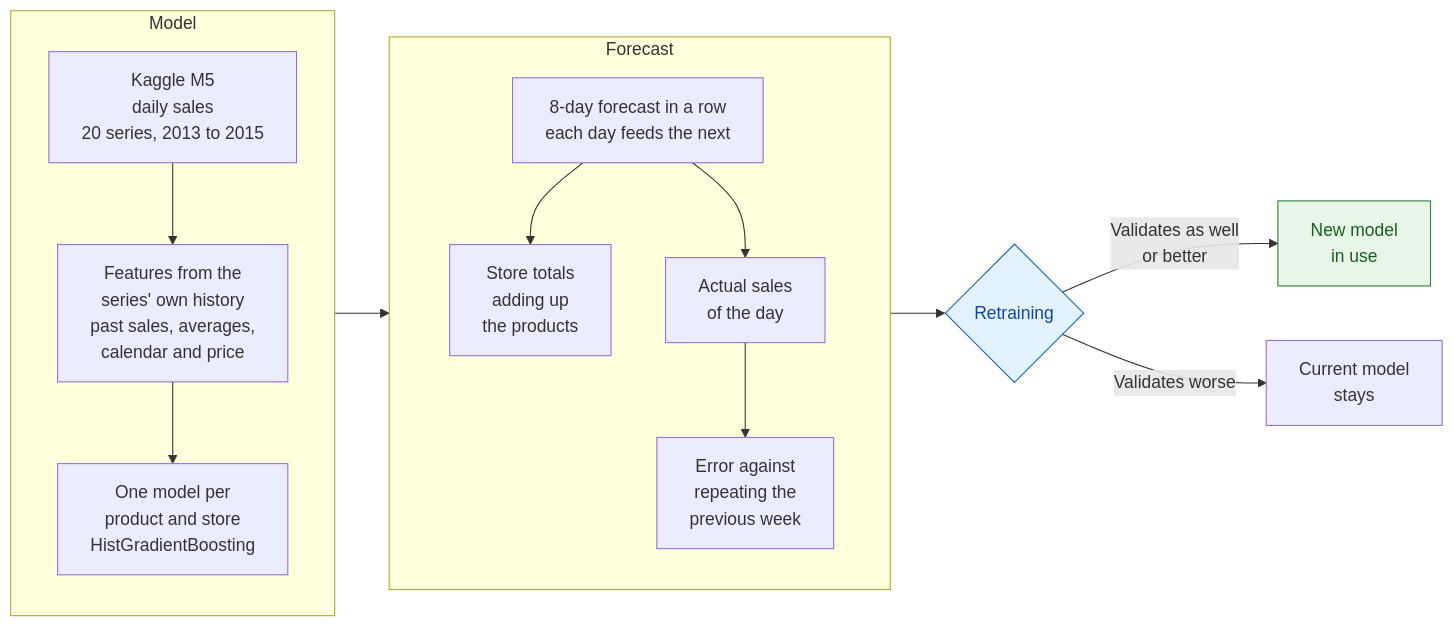
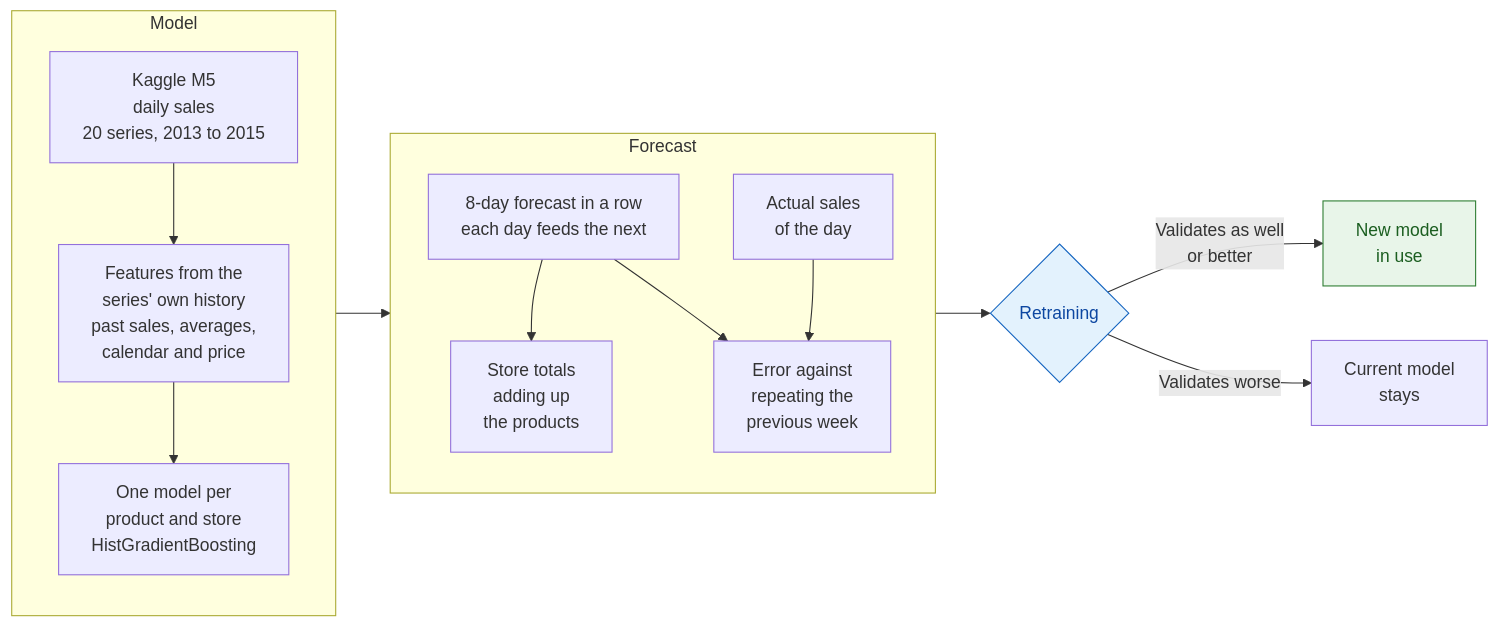
The diagram in README.en.md (jleonceo/store-sales-forecasting-ml), drawn with Mermaid before and after one commit. The commit also changed 1 other file, not shown here.

Commit message:
Esquema: la venta real ya no sale de la previsión
La flecha iba de la previsión a la venta real. Ahora las dos llegan a la
caja del error, que es donde se comparan.

````diff
--- a/README.en.md
+++ b/README.en.md
@@ -43,20 +43,20 @@
 ```mermaid
 flowchart LR
     subgraph S1[Model]
         direction TB
         D[Kaggle M5<br/>daily sales<br/>20 series, 2013 to 2015] --> V[Features from the<br/>series' own history<br/>past sales, averages,<br/>calendar and price]
         V --> M[One model per<br/>product and store<br/>HistGradientBoosting]
     end
     subgraph S2[Forecast]
         direction TB
         P[8-day forecast in a row<br/>each day feeds the next] --> T[Store totals<br/>adding up<br/>the products]
-        P --> E[Actual sales<br/>of the day]
-        E --> X[Error against<br/>repeating the<br/>previous week]
+        P --> X[Error against<br/>repeating the<br/>previous week]
+        E[Actual sales<br/>of the day] --> X
     end
     S1 --> S2
     S2 --> R{Retraining}
     R -->|Validates as well<br/>or better| N[New model<br/>in use]
     R -->|Validates worse| A[Current model<br/>stays]
     style R fill:#e3f2fd,stroke:#1565c0,color:#0d47a1
     style N fill:#e8f5e9,stroke:#2e7d32,color:#1b5e20
 ```
````
